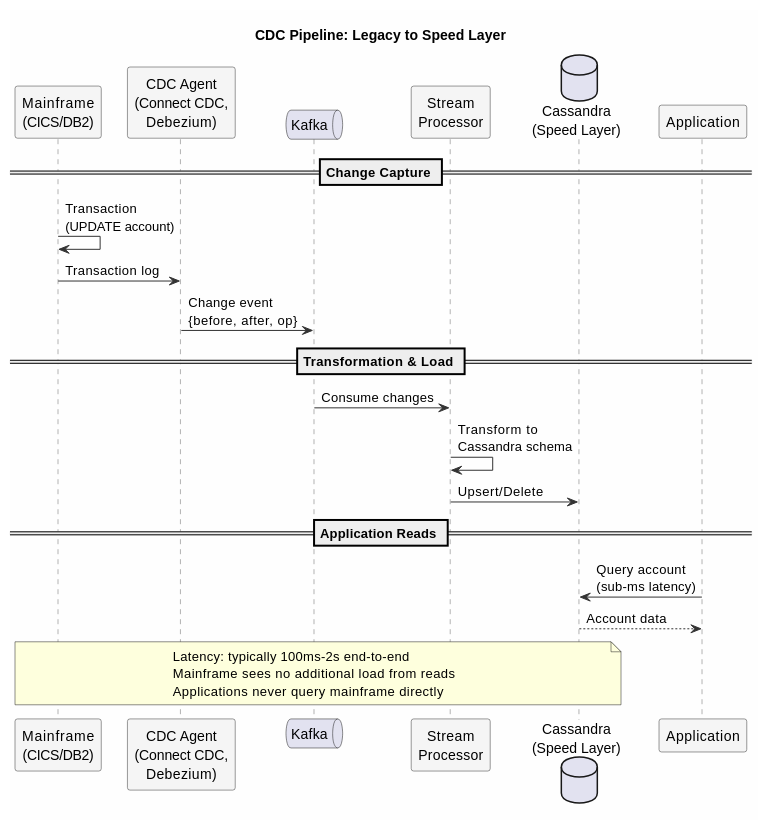
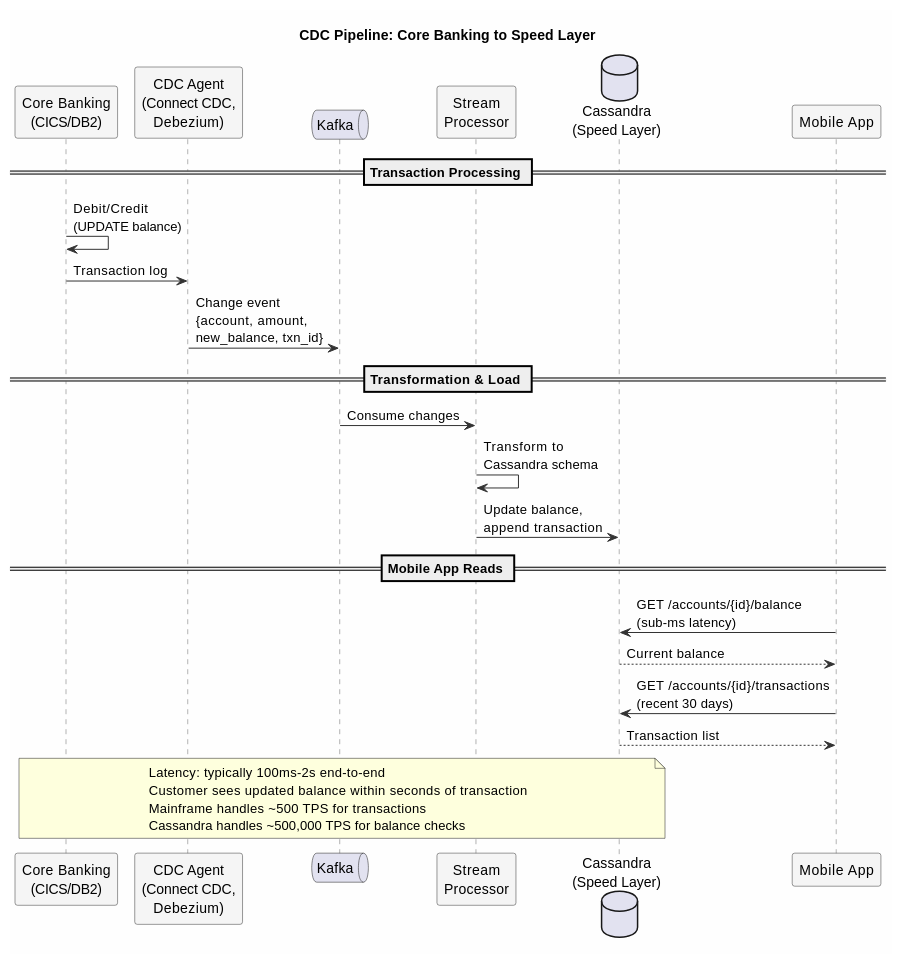
The second of 12 diagrams in docs/data-platforms/cassandra/application-development/patterns/speed-layer.md (axonops/documentation), drawn with PlantUML before and after one commit. The commit also changed other lines of this file, not shown here.

Commit message:
Update speed-layer pattern: bank transactions with static columns for balance

````diff
--- a/docs/data-platforms/cassandra/application-development/patterns/speed-layer.md
+++ b/docs/data-platforms/cassandra/application-development/patterns/speed-layer.md
@@ -64,40 +66,44 @@
 ```plantuml
 @startuml
 skinparam backgroundColor #FEFEFE
 skinparam sequence {
     ArrowColor #333333
     LifeLineBorderColor #666666
     ParticipantBackgroundColor #F5F5F5
     ParticipantBorderColor #333333
 }
 
-title CDC Pipeline: Legacy to Speed Layer
+title CDC Pipeline: Core Banking to Speed Layer
 
-participant "Mainframe\n(CICS/DB2)" as mf
+participant "Core Banking\n(CICS/DB2)" as mf
 participant "CDC Agent\n(Connect CDC,\nDebezium)" as cdc
 queue "Kafka" as kafka
 participant "Stream\nProcessor" as proc
 database "Cassandra\n(Speed Layer)" as cass
-participant "Application" as app
+participant "Mobile App" as app
 
-== Change Capture ==
-mf -> mf : Transaction\n(UPDATE account)
+== Transaction Processing ==
+mf -> mf : Debit/Credit\n(UPDATE balance)
 mf -> cdc : Transaction log
-cdc -> kafka : Change event\n{before, after, op}
+cdc -> kafka : Change event\n{account, amount,\nnew_balance, txn_id}
 
 == Transformation & Load ==
 kafka -> proc : Consume changes
 proc -> proc : Transform to\nCassandra schema
-proc -> cass : Upsert/Delete
+proc -> cass : Update balance,\nappend transaction
 
-== Application Reads ==
-app -> cass : Query account\n(sub-ms latency)
-cass --> app : Account data
+== Mobile App Reads ==
+app -> cass : GET /accounts/{id}/balance\n(sub-ms latency)
+cass --> app : Current balance
+
+app -> cass : GET /accounts/{id}/transactions\n(recent 30 days)
+cass --> app : Transaction list
 
 note over mf, cass
 Latency: typically 100ms-2s end-to-end
-Mainframe sees no additional load from reads
-Applications never query mainframe directly
+Customer sees updated balance within seconds of transaction
+Mainframe handles ~500 TPS for transactions
+Cassandra handles ~500,000 TPS for balance checks
 end note
 @enduml
 ```
````
